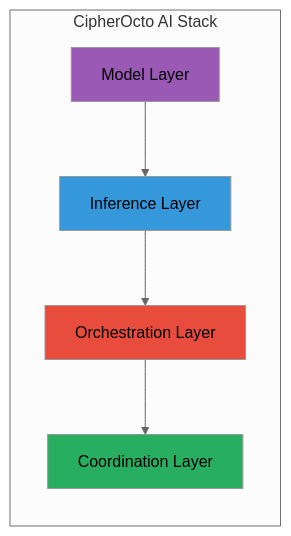
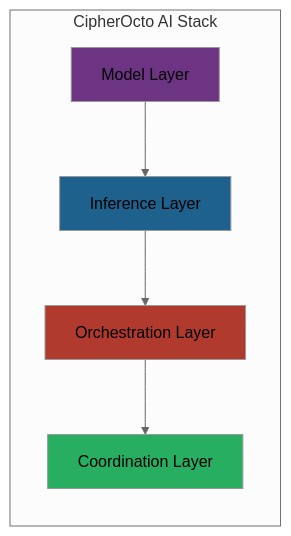
Before and after one commit to CipherOcto/cipherocto: the first of 7 diagrams in docs/03-technology/ai-stack.md, drawn with Mermaid (neutral theme). The commit also changed 13 other files, not shown here.

First line of the commit message:
Improve Mermaid diagram accessibility: Fix color contrast

````diff
--- a/docs/03-technology/ai-stack.md
+++ b/docs/03-technology/ai-stack.md
@@ -11,17 +11,17 @@
 ```mermaid
 graph TB
     subgraph AI_STACK["CipherOcto AI Stack"]
         direction TB
         L1[Model Layer]
         L2[Inference Layer]
         L3[Orchestration Layer]
         L4[Coordination Layer]
     end
 
     L1 --> L2 --> L3 --> L4
 
-    style L1 fill:#9b59b6
-    style L2 fill:#3498db
-    style L3 fill:#e74c3c
+    style L1 fill:#6c3483
+    style L2 fill:#1f618d
+    style L3 fill:#b03a2e
     style L4 fill:#27ae60
 ```
````
